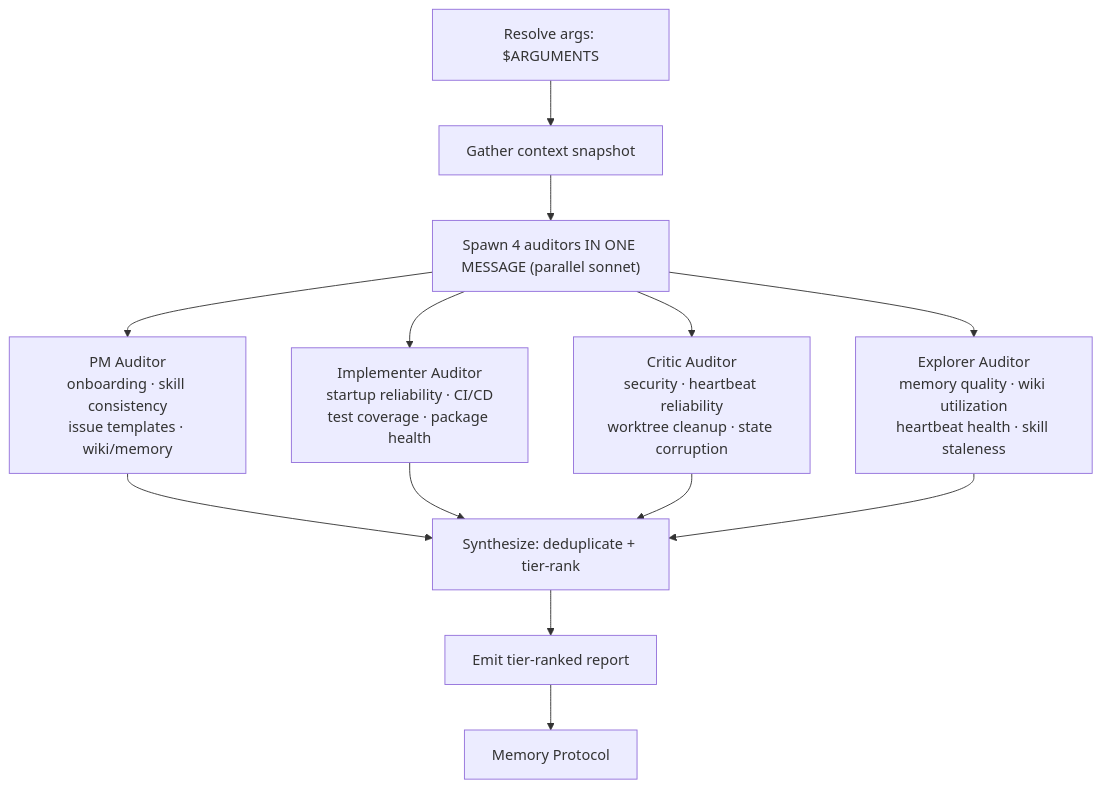
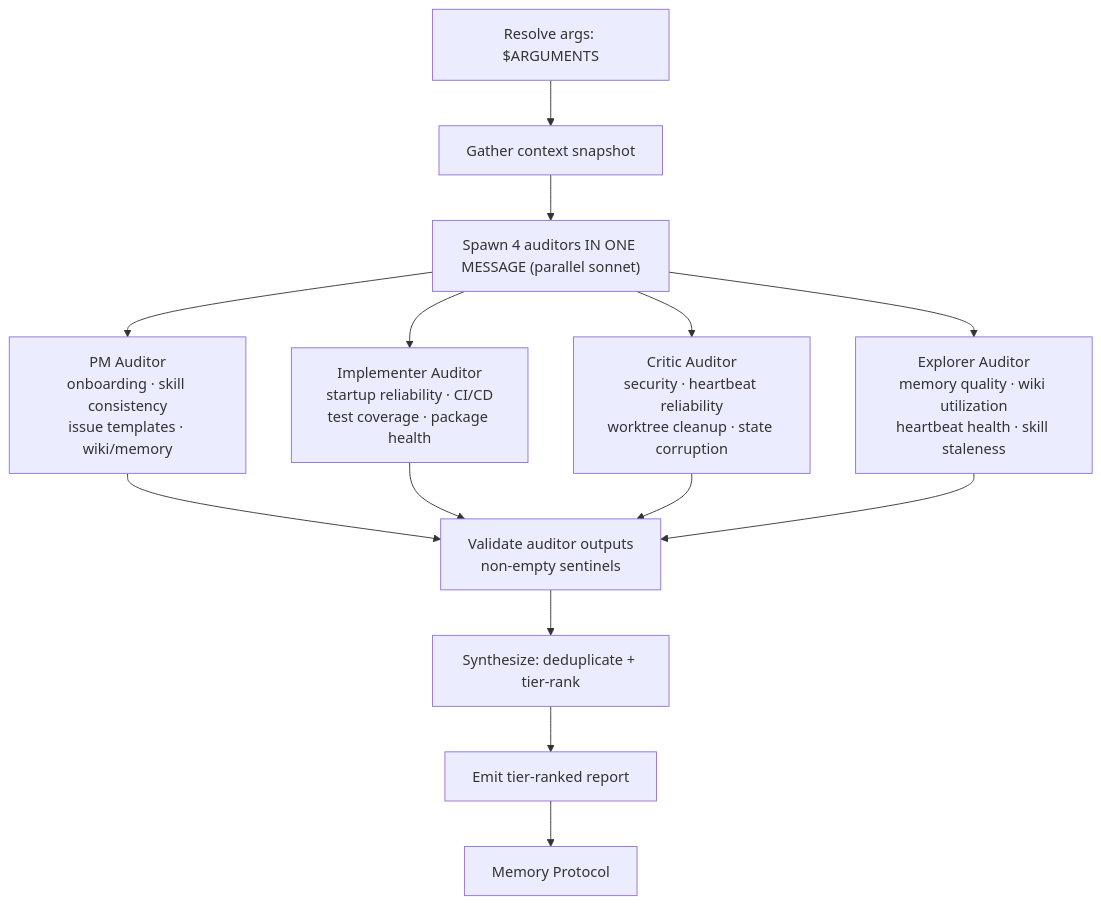
The diagram in .claude/skills/harness-audit/SKILL.md (mifunedev/openharness), drawn with Mermaid before and after one commit. The commit also changed other lines of this file and 8 other files, not shown here.

````diff
--- a/.claude/skills/harness-audit/SKILL.md
+++ b/.claude/skills/harness-audit/SKILL.md
@@ -26,14 +26,15 @@
 ```mermaid
 flowchart TD
     A["Resolve args: $ARGUMENTS"] --> B["Gather context snapshot"]
     B --> C["Spawn 4 auditors IN ONE MESSAGE (parallel sonnet)"]
 
     C --> PM["PM Auditor<br>onboarding · skill consistency<br>issue templates · wiki/memory"]
     C --> IMP["Implementer Auditor<br>startup reliability · CI/CD<br>test coverage · package health"]
     C --> CRIT["Critic Auditor<br>security · heartbeat reliability<br>worktree cleanup · state corruption"]
     C --> EXP["Explorer Auditor<br>memory quality · wiki utilization<br>heartbeat health · skill staleness"]
 
-    PM & IMP & CRIT & EXP --> SYN["Synthesize: deduplicate + tier-rank"]
+    PM & IMP & CRIT & EXP --> VAL["Validate auditor outputs<br/>non-empty sentinels"]
+    VAL --> SYN["Synthesize: deduplicate + tier-rank"]
     SYN --> OUT["Emit tier-ranked report"]
     OUT --> MEM["Memory Protocol"]
 ```
````
